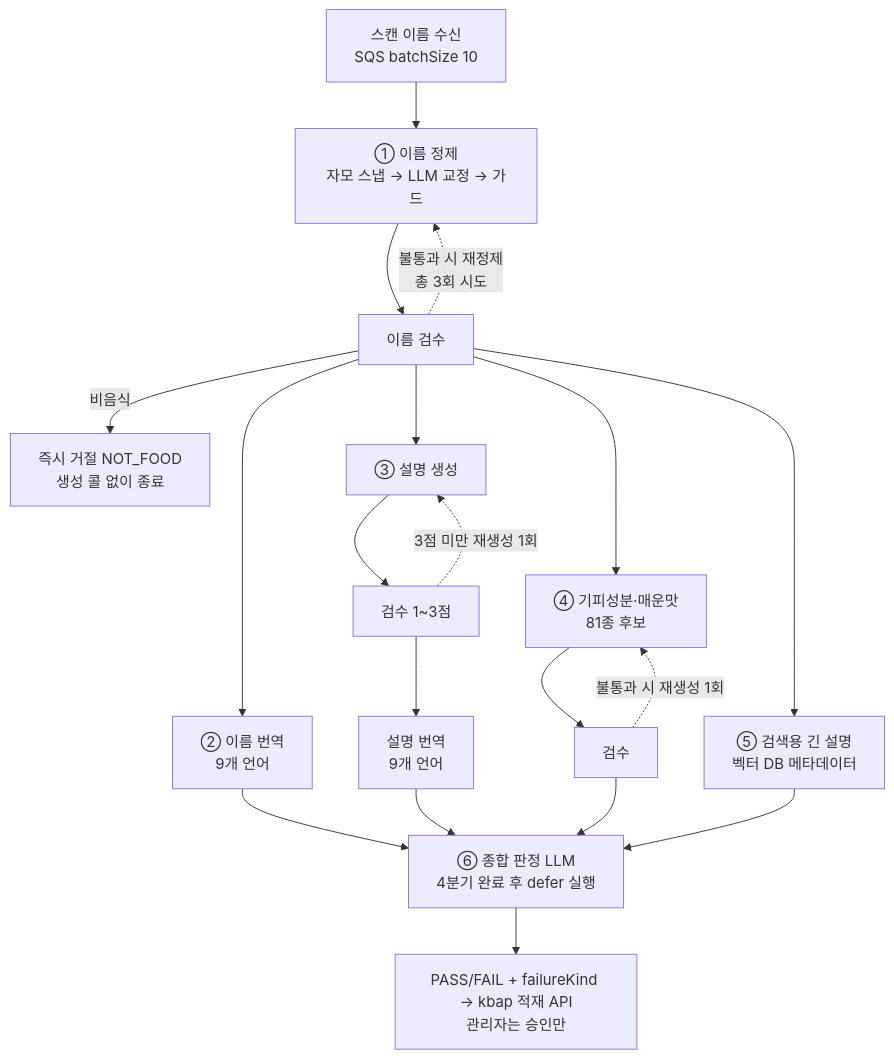
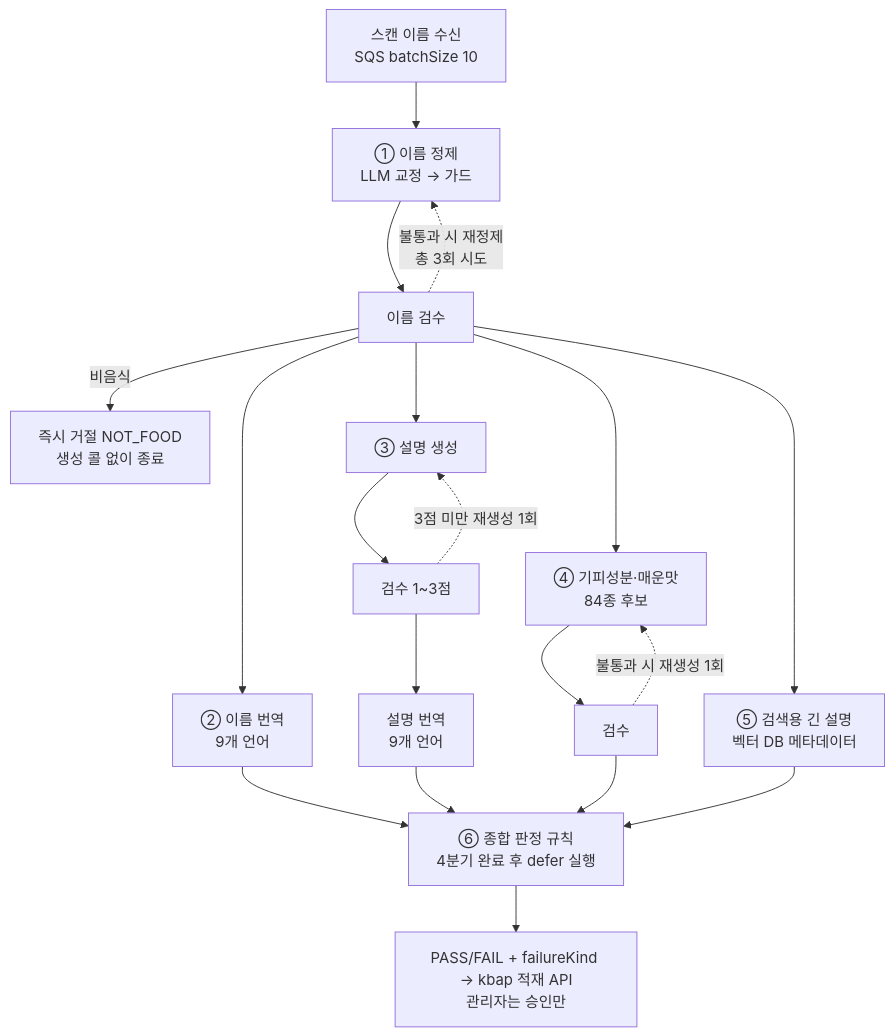
Before and after one commit to team-skyjs/kbap-langchain: the diagram in README.md, drawn with Mermaid. The commit also changed other lines of this file and 8 other files, not shown here.

````diff
--- a/README.md
+++ b/README.md
@@ -11,18 +11,18 @@
 ```mermaid
 flowchart TD
-    A[스캔 이름 수신<br/>SQS batchSize 10] --> B[① 이름 정제<br/>자모 스냅 → LLM 교정 → 가드]
+    A[스캔 이름 수신<br/>SQS batchSize 10] --> B[① 이름 정제<br/>LLM 교정 → 가드]
     B --> B2[이름 검수]
     B2 -. 불통과 시 재정제<br/>총 3회 시도 .-> B
     B2 -- 비음식 --> X[즉시 거절 NOT_FOOD<br/>생성 콜 없이 종료]
     B2 --> C[② 이름 번역<br/>9개 언어]
     B2 --> D[③ 설명 생성]
-    B2 --> E[④ 기피성분·매운맛<br/>81종 후보]
+    B2 --> E[④ 기피성분·매운맛<br/>84종 후보]
     B2 --> L[⑤ 검색용 긴 설명<br/>벡터 DB 메타데이터]
     D --> D2[검수 1~3점]
     D2 -. 3점 미만 재생성 1회 .-> D
     D2 --> D3[설명 번역<br/>9개 언어]
     E --> E2[검수]
     E2 -. 불통과 시 재생성 1회 .-> E
-    C & D3 & E2 & L --> F[⑥ 종합 판정 LLM<br/>4분기 완료 후 defer 실행]
+    C & D3 & E2 & L --> F[⑥ 종합 판정 규칙<br/>4분기 완료 후 defer 실행]
     F --> G[PASS/FAIL + failureKind → kbap 적재 API<br/>관리자는 승인만]
 ```
````
